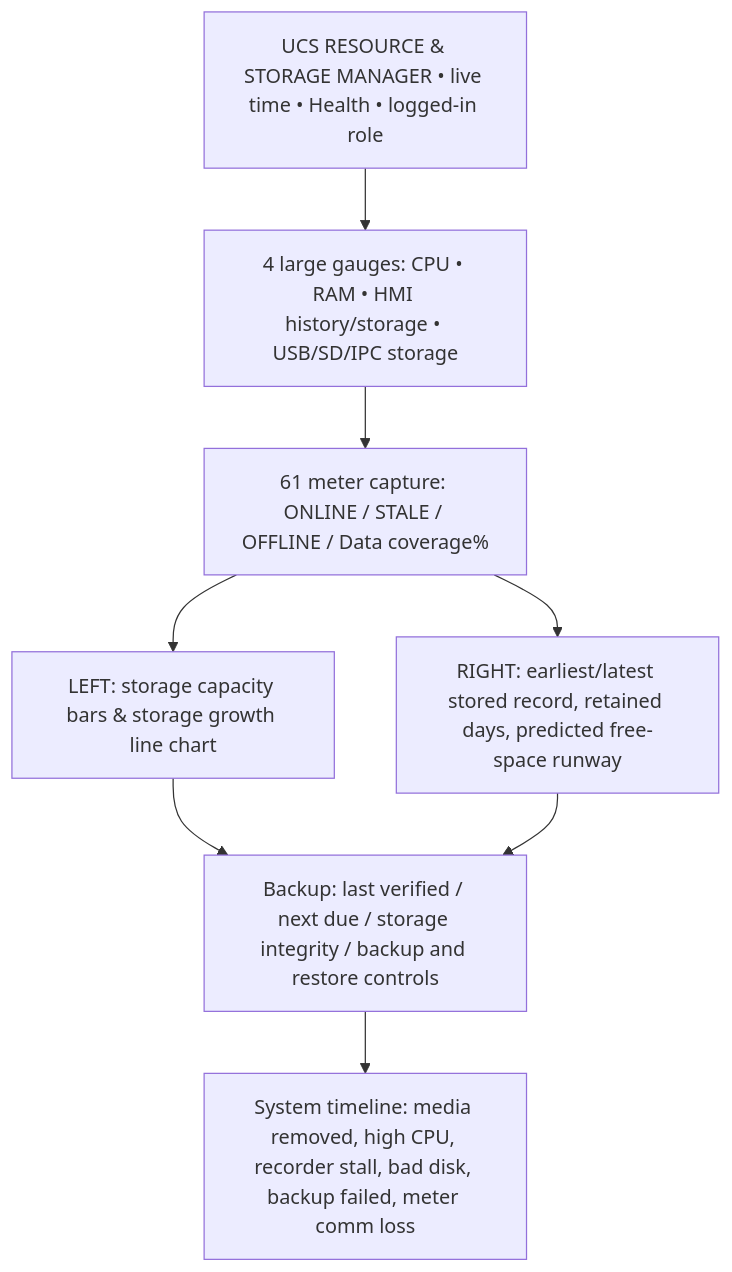
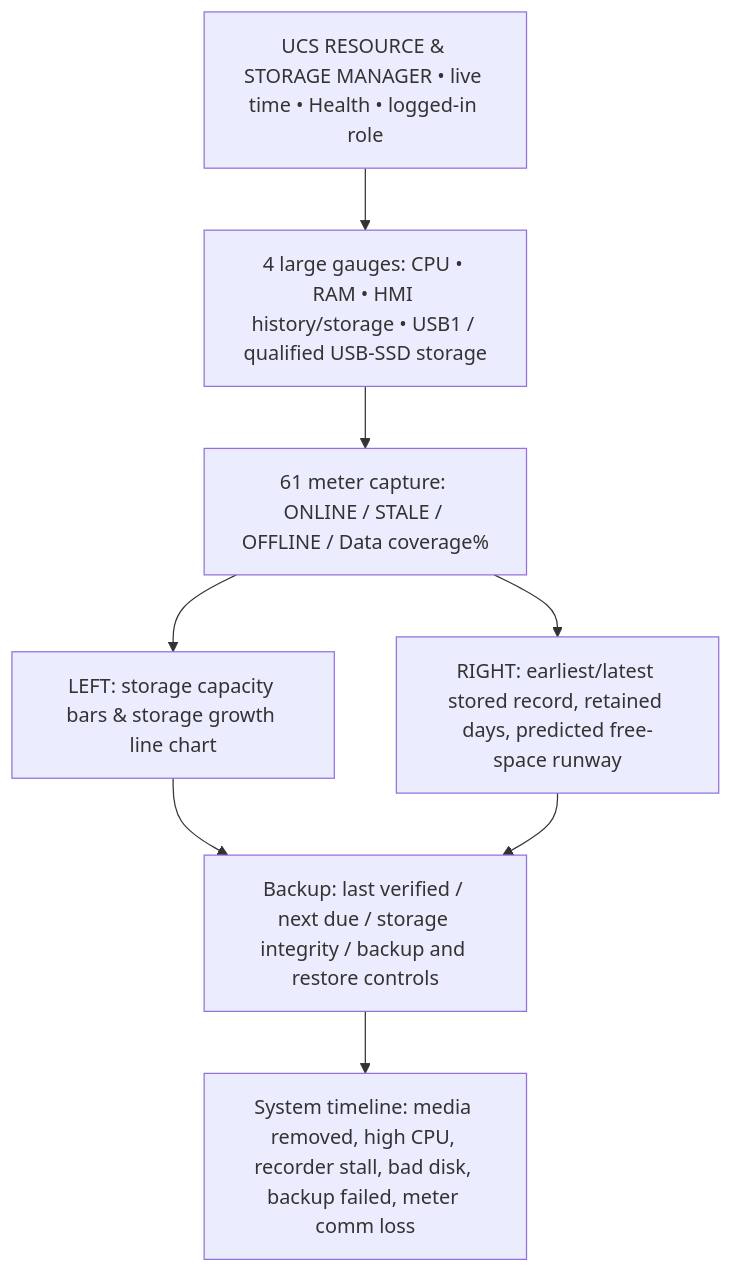
One commit to raohassandev/Weintek-Macro-Javascript-based-reporting changed the diagram in docs/RESOURCE_STORAGE_MANAGER_SCREEN.md. Above: the diagram before and after it, drawn with Mermaid. The commit also changed other lines of this file and 14 other files, not shown here.

````diff
--- a/docs/RESOURCE_STORAGE_MANAGER_SCREEN.md
+++ b/docs/RESOURCE_STORAGE_MANAGER_SCREEN.md
@@ -5,11 +5,11 @@
 ```mermaid
 flowchart TB
     HDR["UCS RESOURCE & STORAGE MANAGER • live time • Health • logged-in role"]
-    HDR --> TOP["4 large gauges: CPU • RAM • HMI history/storage • USB/SD/IPC storage"]
+    HDR --> TOP["4 large gauges: CPU • RAM • HMI history/storage • USB1 / qualified USB-SSD storage"]
     TOP --> MID["61 meter capture: ONLINE / STALE / OFFLINE / Data coverage%"]
     MID --> ROW["LEFT: storage capacity bars & storage growth line chart"]
     MID --> HIST["RIGHT: earliest/latest stored record, retained days, predicted free-space runway"]
     ROW --> BAK["Backup: last verified / next due / storage integrity / backup and restore controls"]
     HIST --> BAK
     BAK --> EVENT["System timeline: media removed, high CPU, recorder stall, bad disk, backup failed, meter comm loss"]
 ```
````
